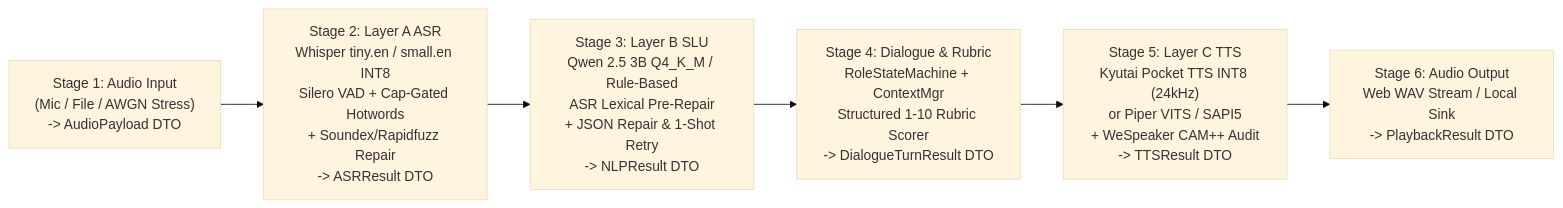
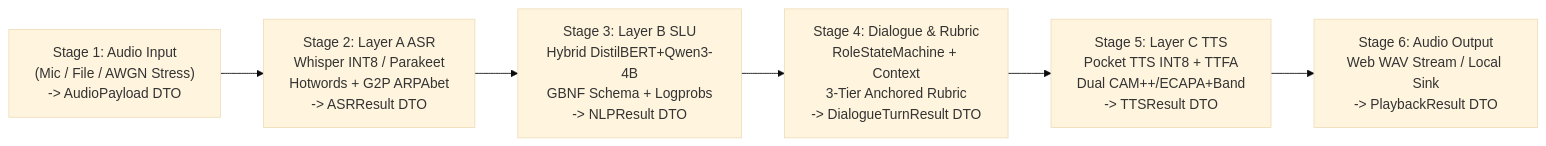
Before and after one commit to 6Works/capstone: the first of 3 diagrams in docs/CAPSTONE_REPORT_IEEE.md, drawn with Mermaid (base theme). The commit also changed other lines of this file and 3 other files, not shown here.

````diff
--- a/docs/CAPSTONE_REPORT_IEEE.md
+++ b/docs/CAPSTONE_REPORT_IEEE.md
@@ -339,11 +314,11 @@
 ```mermaid
 flowchart LR
     AudioIn["Stage 1: Audio Input<br/>(Mic / File / AWGN Stress)<br/>-> AudioPayload DTO"]
-    ASR["Stage 2: Layer A ASR<br/>Whisper tiny.en / small.en INT8<br/>Silero VAD + Cap-Gated Hotwords<br/>+ Soundex/Rapidfuzz Repair<br/>-> ASRResult DTO"]
-    NLP["Stage 3: Layer B SLU<br/>Qwen 2.5 3B Q4_K_M / Rule-Based<br/>ASR Lexical Pre-Repair<br/>+ JSON Repair & 1-Shot Retry<br/>-> NLPResult DTO"]
-    DM["Stage 4: Dialogue & Rubric<br/>RoleStateMachine + ContextMgr<br/>Structured 1-10 Rubric Scorer<br/>-> DialogueTurnResult DTO"]
-    TTS["Stage 5: Layer C TTS<br/>Kyutai Pocket TTS INT8 (24kHz)<br/>or Piper VITS / SAPI5<br/>+ WeSpeaker CAM++ Audit<br/>-> TTSResult DTO"]
+    ASR["Stage 2: Layer A ASR<br/>Whisper INT8 / Parakeet<br/>Hotwords + G2P ARPAbet<br/>-> ASRResult DTO"]
+    NLP["Stage 3: Layer B SLU<br/>Hybrid DistilBERT+Qwen3-4B<br/>GBNF Schema + Logprobs<br/>-> NLPResult DTO"]
+    DM["Stage 4: Dialogue & Rubric<br/>RoleStateMachine + Context<br/>3-Tier Anchored Rubric<br/>-> DialogueTurnResult DTO"]
+    TTS["Stage 5: Layer C TTS<br/>Pocket TTS INT8 + TTFA<br/>Dual CAM++/ECAPA+Band<br/>-> TTSResult DTO"]
     AudioOut["Stage 6: Audio Output<br/>Web WAV Stream / Local Sink<br/>-> PlaybackResult DTO"]
 
     AudioIn --> ASR --> NLP --> DM --> TTS --> AudioOut
 ```
````
